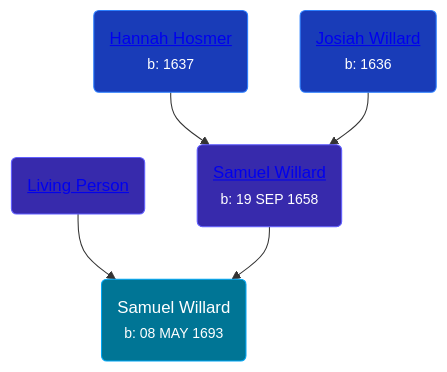
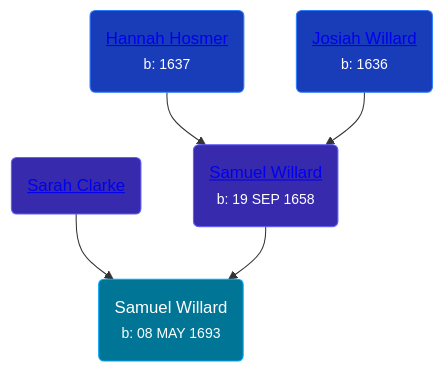
Before and after one commit to wpmgotkh/wpmgotkh.github.io: the diagram in pages/people/1/12362566.md, drawn with Mermaid. The commit also changed other lines of this file and 586 other files, not shown here.

Commit message:
feat: better shouldConsiderPersonLiving algo

````diff
--- a/pages/people/1/12362566.md
+++ b/pages/people/1/12362566.md
@@ -11,11 +11,11 @@
 ```mermaid
 graph
 classDef grands fill:#193cb8,stroke:#2b7fff,stroke-width:1px,color:#fff;
 classDef parents fill:#372aac,stroke:#615fff,stroke-width:1px,color:#fff;
 classDef primary fill:#007595,stroke:#00a6f4,stroke-width:1px,color:#fff;
 12362566(Samuel Willard<br /><small>b: 08 MAY 1693</small>):::primary
-93595493(<a class="text-white" href="/people/9/93595493">Living Person</a>):::parents-->12362566
+93595493(<a class="text-white" href="/people/9/93595493">Sarah Clarke</a>):::parents-->12362566
 55389376(<a class="text-white" href="/people/5/55389376">Samuel Willard</a><br /><small>b: 19 SEP 1658</small>):::parents-->12362566
 74814464(<a class="text-white" href="/people/7/74814464">Hannah Hosmer</a><br /><small>b: 1637</small>):::grands-->55389376
 55775674(<a class="text-white" href="/people/5/55775674">Josiah Willard</a><br /><small>b: 1636</small>):::grands-->55389376
 ```
````
